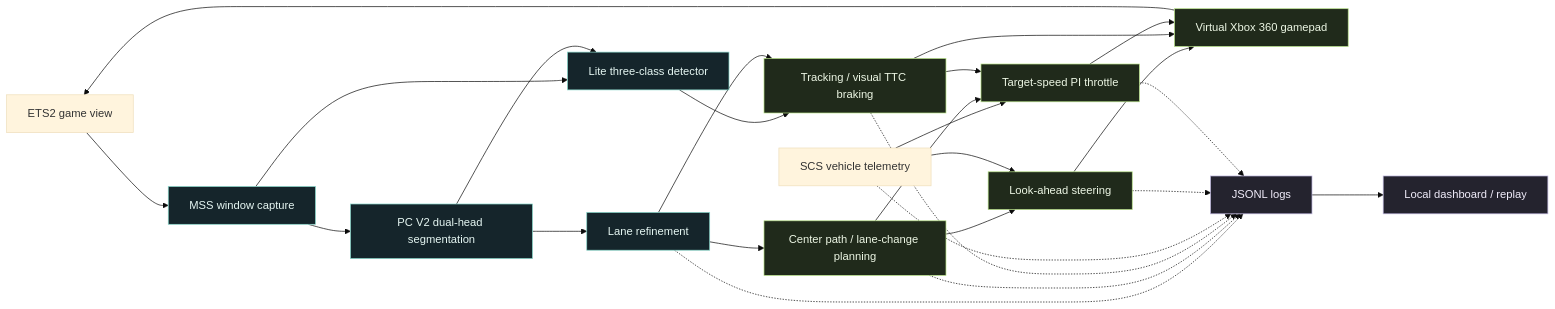
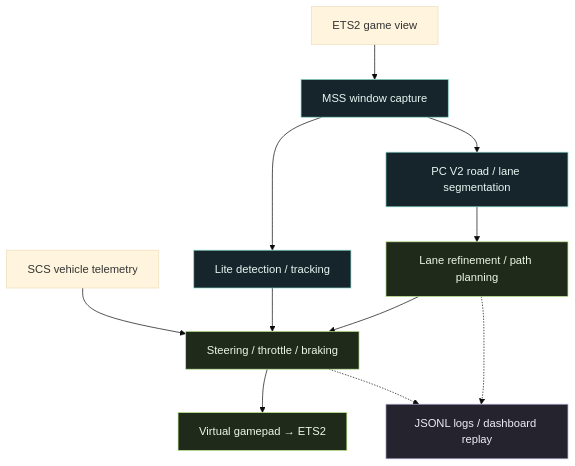
The diagram in README.en.md (HenryG03124/Universal-Autopilot), drawn with Mermaid (base theme) before and after one commit. The commit also changed 1 other file, not shown here.

Commit message:
Improve README pipeline readability on GitHub

````diff
--- a/README.en.md
+++ b/README.en.md
@@ -53,34 +53,20 @@
 ```mermaid
-flowchart LR
+flowchart TD
     A[ETS2 game view] --> B[MSS window capture]
-    B --> C[PC V2 dual-head segmentation]
-    B --> D[Lite three-class detector]
-    C --> E[Lane refinement]
-    C --> D
-    E --> F[Center path / lane-change planning]
-    F --> G[Look-ahead steering]
-    D --> H[Tracking / visual TTC braking]
-    E --> H
-    T[SCS vehicle telemetry] --> G
-    T --> I[Target-speed PI throttle]
-    F --> I
-    H --> I
-    G --> J[Virtual Xbox 360 gamepad]
-    H --> J
-    I --> J
-    J --> A
-    E -.-> K[JSONL logs]
-    F -.-> K
-    H -.-> K
-    T -.-> K
-    G -.-> K
-    I -.-> K
-    K --> L[Local dashboard / replay]
+    B --> C[PC V2 road / lane segmentation]
+    B --> D[Lite detection / tracking]
+    C --> E[Lane refinement / path planning]
+    E --> F[Steering / throttle / braking]
+    D --> F
+    T[SCS vehicle telemetry] --> F
+    F --> G[Virtual gamepad → ETS2]
+    E -.-> H[JSONL logs / dashboard replay]
+    F -.-> H
 
     classDef vision fill:#15252B,stroke:#87D7CB,color:#E6F7F3
     classDef control fill:#202A1B,stroke:#BBE58A,color:#EDF7E5
     classDef inspect fill:#24232E,stroke:#B6AED6,color:#F0ECFA
-    class B,C,D,E vision
-    class F,G,H,I,J control
-    class K,L inspect
+    class B,C,D vision
+    class E,F,G control
+    class H inspect
 ```
````
